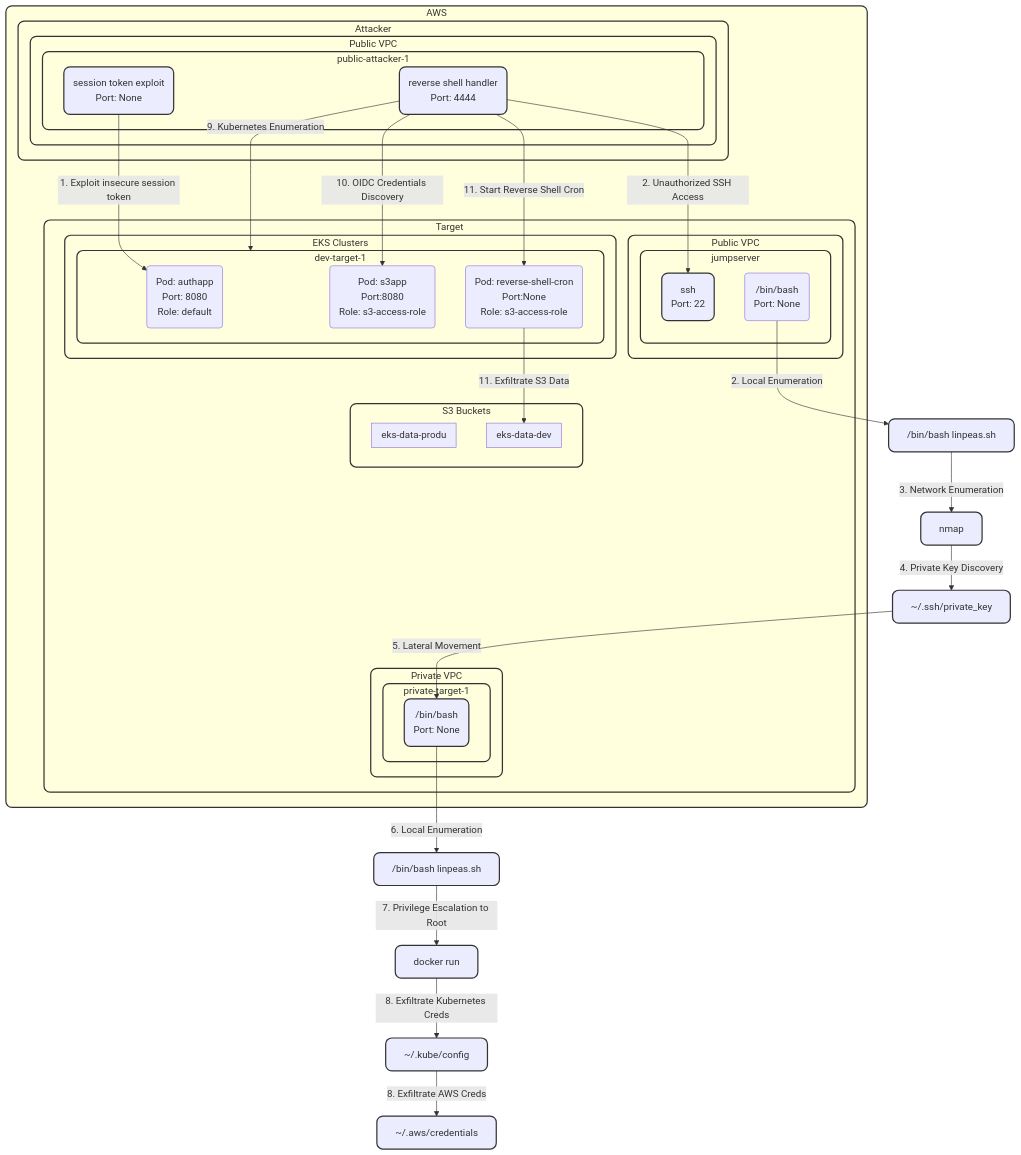
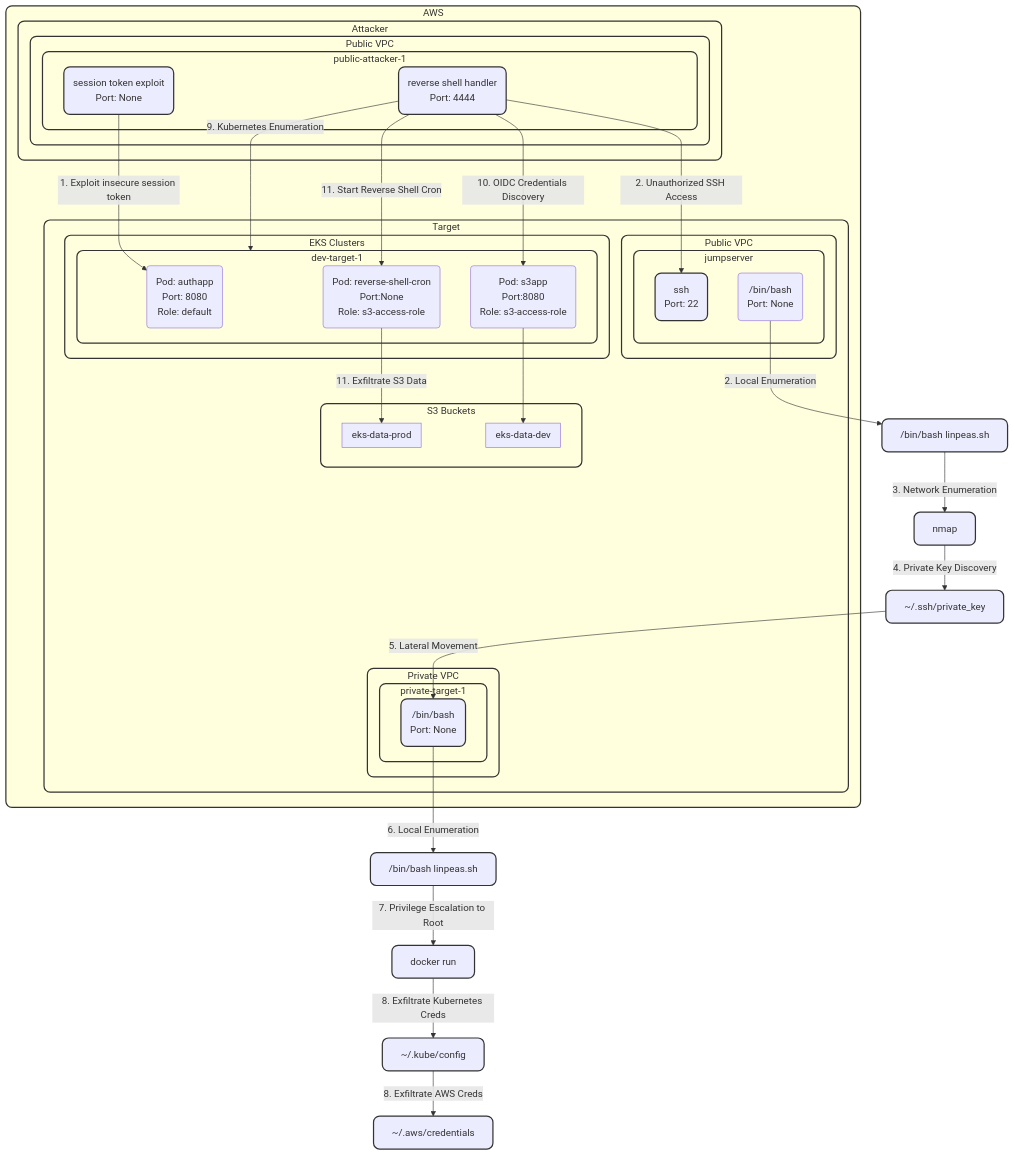
Before and after one commit to proservlab/lacework-deploy: the diagram in terraform/scenarios/aws-lacework-composite-ciem-eks/README.md, drawn with Mermaid.

```diff
--- a/terraform/scenarios/aws-lacework-composite-ciem-eks/README.md
+++ b/terraform/scenarios/aws-lacework-composite-ciem-eks/README.md
@@ -71,7 +71,7 @@
         subgraph dev-bucket-1["eks-data-dev"]
             
         end
-        subgraph prod-bucket-1["eks-data-produ"]
+        subgraph prod-bucket-1["eks-data-prod"]
             
         end
       end
@@ -100,8 +100,10 @@
  pwncat_public-attacker-1 -->|"9. Kubernetes Enumeration"| dev-target-1
  pwncat_public-attacker-1 -->|"10. OIDC Credentials Discovery"| s3app
 
+ s3app -->dev-bucket-1 
+
  pwncat_public-attacker-1 -->|"11. Start Reverse Shell Cron"| reverseshell_pod
- reverseshell_pod -->|"11. Exfiltrate S3 Data"| dev-bucket-1
+ reverseshell_pod -->|"11. Exfiltrate S3 Data"| prod-bucket-1
 
 
   %% Styling Classes
```
